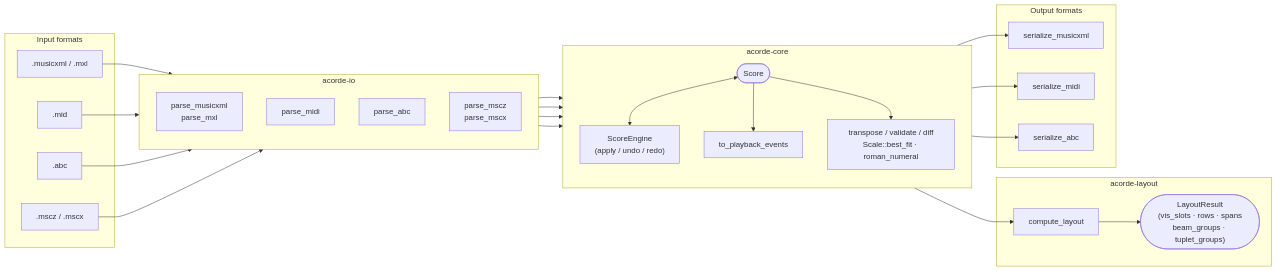
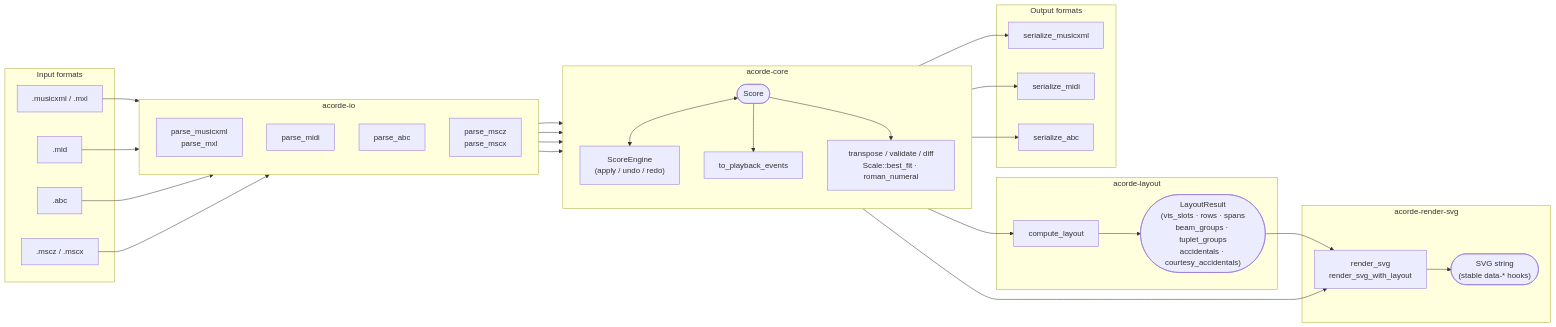
One commit to kent-tokyo/acorde changed the first of 2 diagrams in README.md. Above: the diagram before and after it, drawn with Mermaid. The commit also changed other lines of this file and 18 other files, not shown here.

````diff
--- a/README.md
+++ b/README.md
@@ -32,50 +32,57 @@
 ```mermaid
 flowchart LR
   subgraph Input["Input formats"]
     MXL[".musicxml / .mxl"]
     MID[".mid"]
     ABC[".abc"]
     MSZ[".mscz / .mscx"]
   end
 
   subgraph IO["acorde-io"]
     direction TB
     pm["parse_musicxml\nparse_mxl"]
     pmid["parse_midi"]
     pabc["parse_abc"]
     pmscz["parse_mscz\nparse_mscx"]
   end
 
   subgraph Core["acorde-core"]
     direction TB
     Score(["Score"])
     SE["ScoreEngine\n(apply / undo / redo)"]
     PE["to_playback_events"]
     TX["transpose / validate / diff\nScale::best_fit · roman_numeral"]
   end
 
   subgraph Layout["acorde-layout"]
     CL["compute_layout"]
-    LR(["LayoutResult\n(vis_slots · rows · spans\nbeam_groups · tuplet_groups)"])
+    LR(["LayoutResult\n(vis_slots · rows · spans\nbeam_groups · tuplet_groups\naccidentals · courtesy_accidentals)"])
+  end
+
+  subgraph Renderer["acorde-render-svg"]
+    RS["render_svg\nrender_svg_with_layout"]
+    SVG(["SVG string\n(stable data-* hooks)"])
   end
 
   subgraph Output["Output formats"]
     OXL["serialize_musicxml"]
     OMD["serialize_midi"]
     OAB["serialize_abc"]
   end
 
   MXL --> pm --> Score
   MID --> pmid --> Score
   ABC --> pabc --> Score
   MSZ --> pmscz --> Score
 
   Score <--> SE
   Score --> PE
   Score --> TX
   Score --> CL --> LR
+  LR --> RS --> SVG
+  Score --> RS
 
   Score --> OXL
   Score --> OMD
   Score --> OAB
 ```
````
